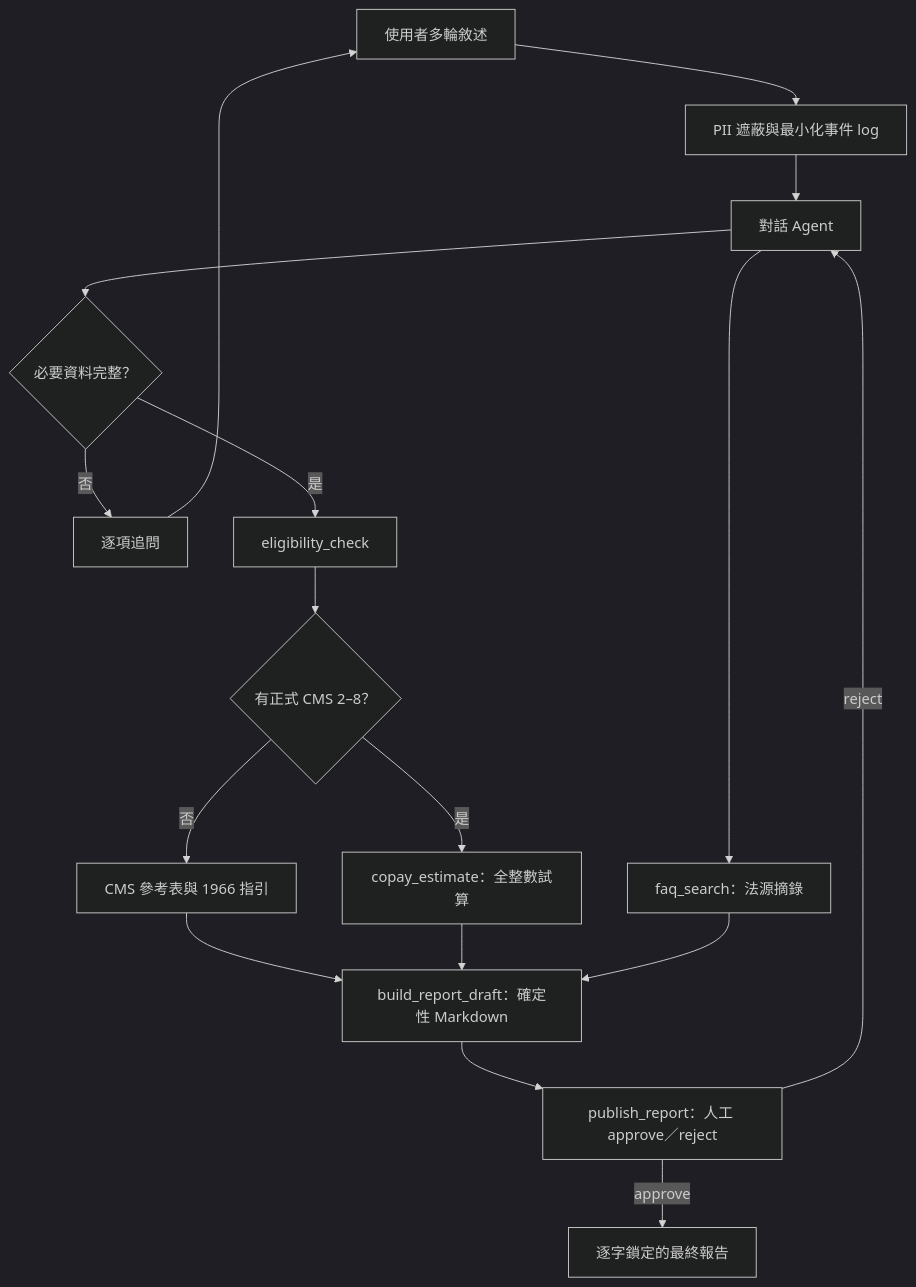
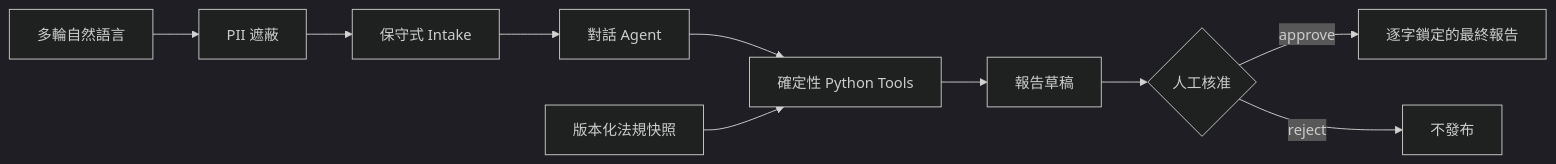
Before and after one commit to kuotunyu/ltc-benefit-agent: the diagram in README.md, drawn with Mermaid (dark theme). The commit also changed other lines of this file, not shown here.

````diff
--- a/README.md
+++ b/README.md
@@ -85,19 +37,12 @@
 ```mermaid
-flowchart TD
-    U["使用者多輪敘述"] --> P["PII 遮蔽與最小化事件 log"]
-    P --> A["對話 Agent"]
-    A --> Q{"必要資料完整？"}
-    Q -- "否" --> ASK["逐項追問"]
-    ASK --> U
-    Q -- "是" --> E["eligibility_check"]
-    E --> C{"有正式 CMS 2–8？"}
-    C -- "否" --> REF["CMS 參考表與 1966 指引"]
-    C -- "是" --> M["copay_estimate：全整數試算"]
-    A --> F["faq_search：法源摘錄"]
-    REF --> D["build_report_draft：確定性 Markdown"]
-    M --> D
-    F --> D
-    D --> H["publish_report：人工 approve／reject"]
-    H -- "approve" --> R["逐字鎖定的最終報告"]
-    H -- "reject" --> A
+flowchart LR
+    U["多輪自然語言"] --> P["PII 遮蔽"]
+    P --> I["保守式 Intake"]
+    I --> A["對話 Agent"]
+    A --> T["確定性 Python Tools"]
+    T --> D["報告草稿"]
+    D --> H{"人工核准"}
+    H -- approve --> R["逐字鎖定的最終報告"]
+    H -- reject --> X["不發布"]
+    S["版本化法規快照"] --> T
 ```
````
